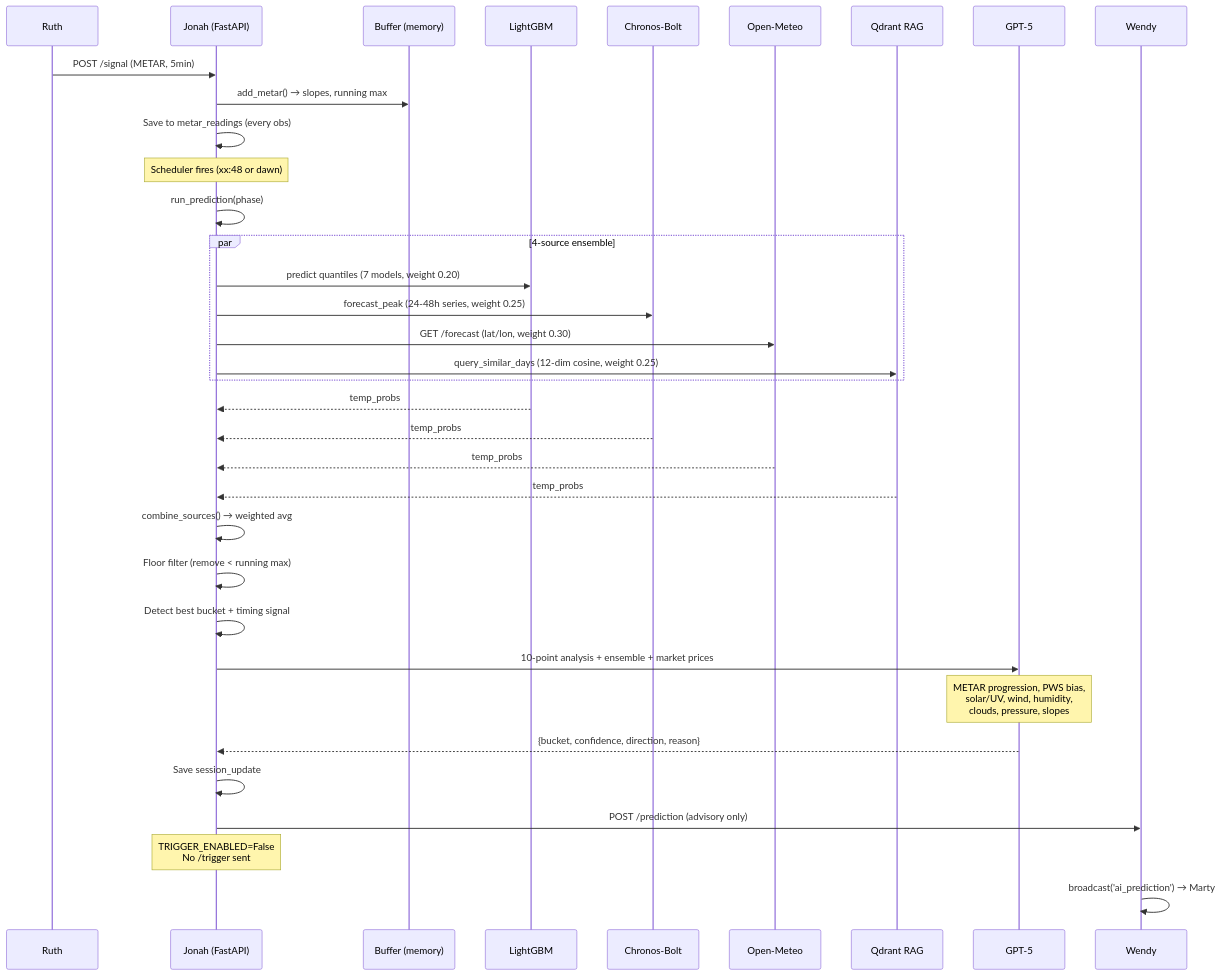
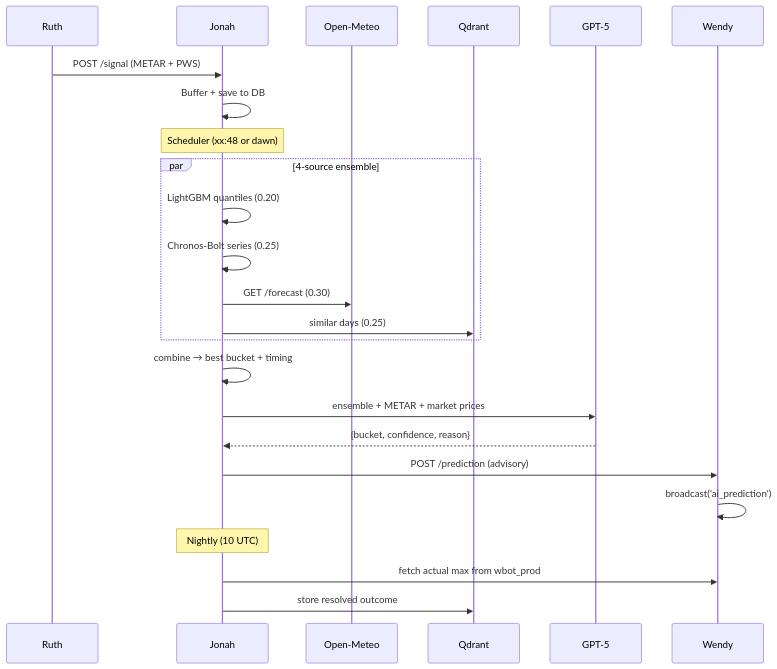
One commit to Ths33/wozark changed the third of 3 diagrams in docs/architecture.md. Above: the diagram before and after it, drawn with Mermaid. The commit also changed other lines of this file and 1 other file, not shown here.

First line of the commit message:
docs: fix architecture diagram bugs + add HTML (architecture-diagram-generator style)

````diff
--- a/docs/architecture.md
+++ b/docs/architecture.md
@@ -207,44 +139,31 @@
 ```mermaid
 sequenceDiagram
     participant R as Ruth
-    participant J as Jonah (FastAPI)
-    participant BUF as Buffer (memory)
-    participant LGB as LightGBM
-    participant CHR as Chronos-Bolt
+    participant J as Jonah
     participant OM as Open-Meteo
-    participant QD as Qdrant RAG
+    participant QD as Qdrant
     participant GPT as GPT-5
     participant W as Wendy
 
-    R->>J: POST /signal (METAR, 5min)
-    J->>BUF: add_metar() → slopes, running max
-    J->>J: Save to metar_readings (every obs)
+    R->>J: POST /signal (METAR + PWS)
+    J->>J: Buffer + save to DB
 
-    Note over J: Scheduler fires (xx:48 or dawn)
-    J->>J: run_prediction(phase)
+    Note over J: Scheduler (xx:48 or dawn)
 
     par 4-source ensemble
-        J->>LGB: predict quantiles (7 models, weight 0.20)
-        J->>CHR: forecast_peak (24-48h series, weight 0.25)
-        J->>OM: GET /forecast (lat/lon, weight 0.30)
-        J->>QD: query_similar_days (12-dim cosine, weight 0.25)
+        J->>J: LightGBM quantiles (0.20)
+        J->>J: Chronos-Bolt series (0.25)
+        J->>OM: GET /forecast (0.30)
+        J->>QD: similar days (0.25)
     end
 
-    LGB-->>J: temp_probs
-    CHR-->>J: temp_probs
-    OM-->>J: temp_probs
-    QD-->>J: temp_probs
+    J->>J: combine → best bucket + timing
+    J->>GPT: ensemble + METAR + market prices
+    GPT-->>J: {bucket, confidence, reason}
+    J->>W: POST /prediction (advisory)
+    W->>W: broadcast('ai_prediction')
 
-    J->>J: combine_sources() → weighted avg
-    J->>J: Floor filter (remove < running max)
-    J->>J: Detect best bucket + timing signal
-
-    J->>GPT: 10-point analysis + ensemble + market prices
-    Note over GPT: METAR progression, PWS bias,<br/>solar/UV, wind, humidity,<br/>clouds, pressure, slopes
-    GPT-->>J: {bucket, confidence, direction, reason}
-
-    J->>J: Save session_update
-    J->>W: POST /prediction (advisory only)
-    Note over J: TRIGGER_ENABLED=False<br/>No /trigger sent
-    W->>W: broadcast('ai_prediction') → Marty
+    Note over J: Nightly (10 UTC)
+    J->>W: fetch actual max from wbot_prod
+    J->>QD: store resolved outcome
 ```
````
